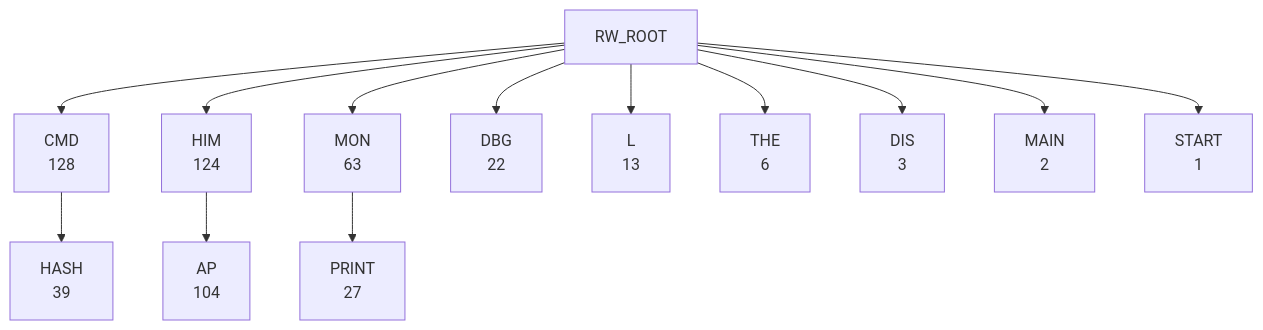
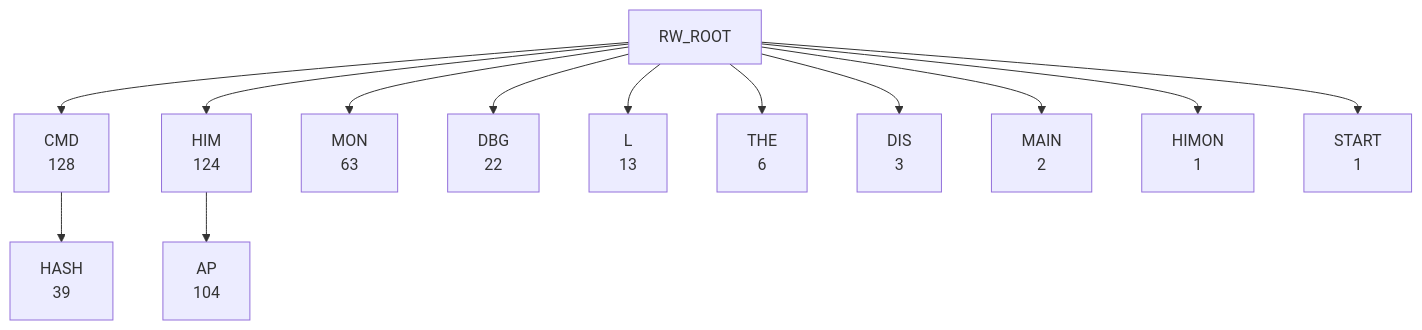
One commit to 95westus/R-YORS changed the second of 6 diagrams in DOC/GENERATED/ROUTINE_WORD_TREE.md. Above: the diagram before and after it, drawn with Mermaid. The commit also changed other lines of this file and 42 other files, not shown here.

````diff
--- a/DOC/GENERATED/ROUTINE_WORD_TREE.md
+++ b/DOC/GENERATED/ROUTINE_WORD_TREE.md
@@ -29,15 +28,15 @@
 ```mermaid
 flowchart TD
     RW_ROOT --> RW_CMD["CMD<br/>128"]
     RW_ROOT --> RW_HIM["HIM<br/>124"]
     RW_ROOT --> RW_MON["MON<br/>63"]
     RW_ROOT --> RW_DBG["DBG<br/>22"]
     RW_ROOT --> RW_L["L<br/>13"]
     RW_ROOT --> RW_THE["THE<br/>6"]
     RW_ROOT --> RW_DIS["DIS<br/>3"]
     RW_ROOT --> RW_MAIN["MAIN<br/>2"]
+    RW_ROOT --> RW_HIMON["HIMON<br/>1"]
     RW_ROOT --> RW_START["START<br/>1"]
     RW_HIM --> RW_HIM_AP["AP<br/>104"]
     RW_CMD --> RW_CMD_HASH["HASH<br/>39"]
-    RW_MON --> RW_MON_PRINT["PRINT<br/>27"]
 ```
````
